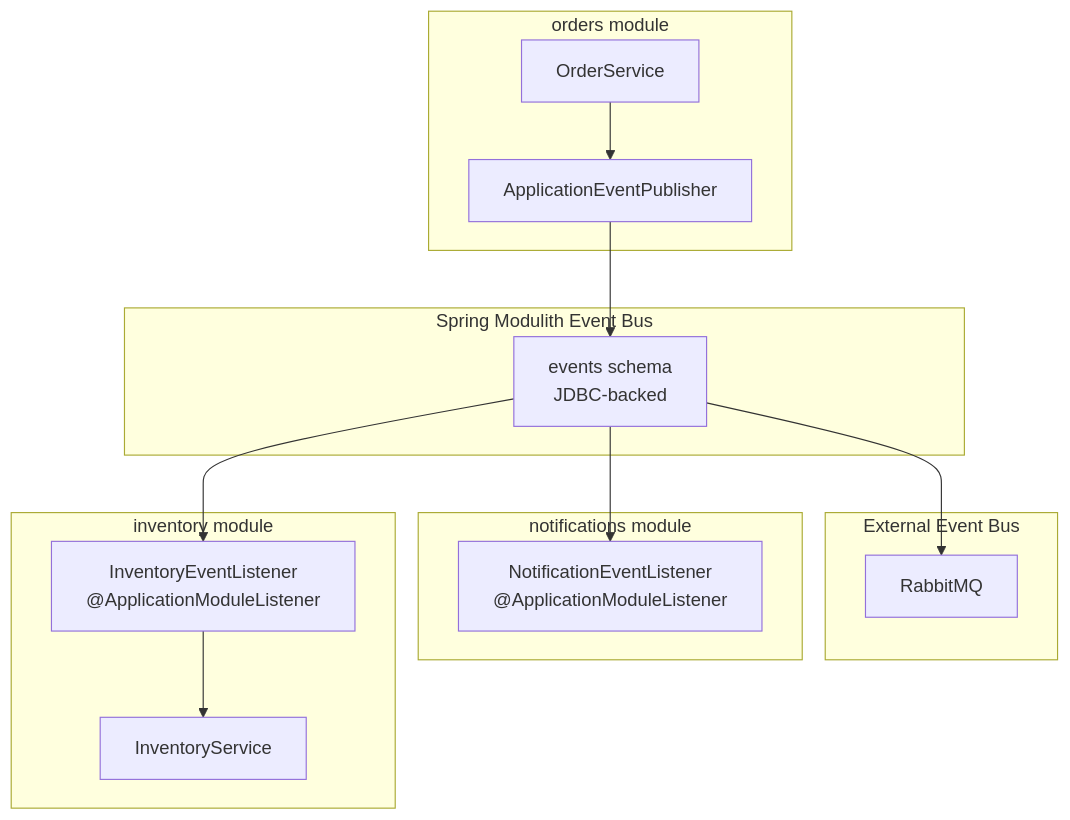
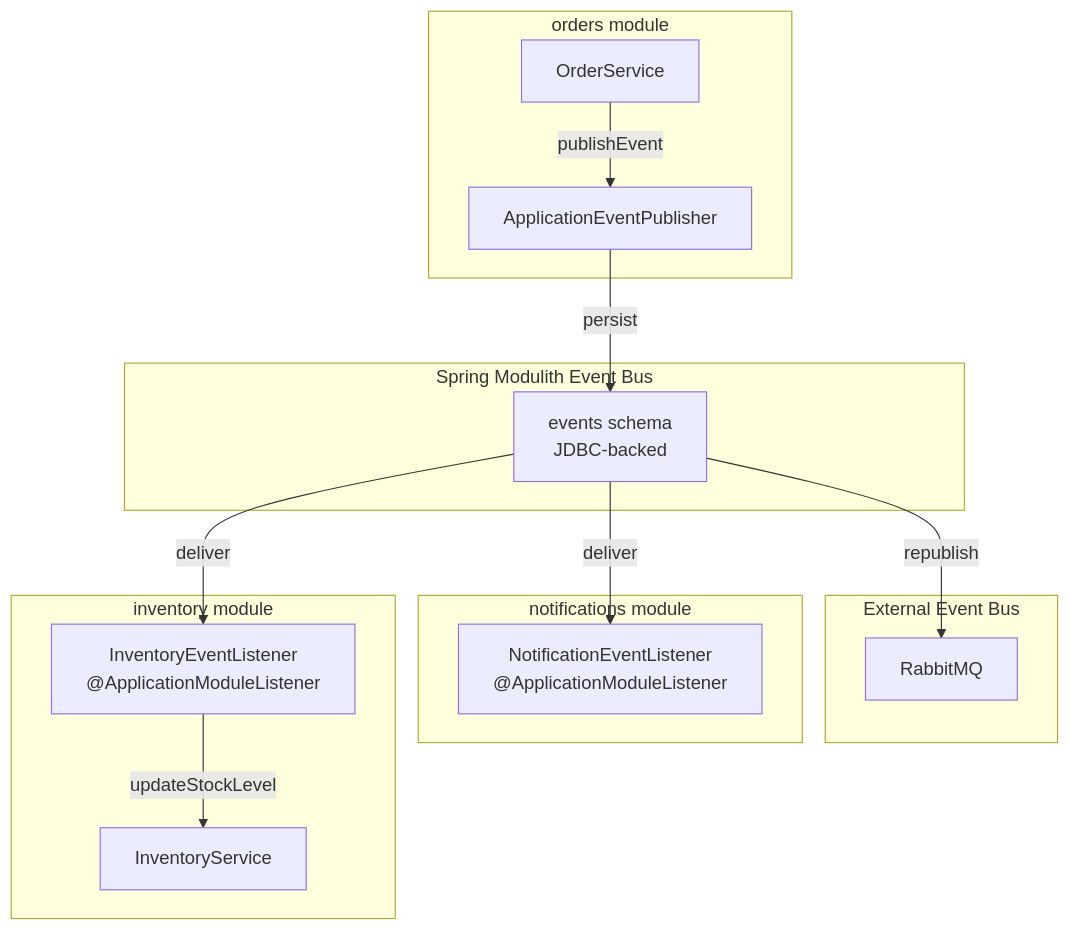
One commit to philipz/spring-modular-monolith changed the third of 3 diagrams in docs/deepwiki/Inter-Module-Communication.md. Above: the diagram before and after it, drawn with Mermaid. The commit also changed other lines of this file and 55 other files, not shown here.

````diff
--- a/docs/deepwiki/Inter-Module-Communication.md
+++ b/docs/deepwiki/Inter-Module-Communication.md
@@ -224,40 +224,40 @@
 ```mermaid
 flowchart TD
 
 OrderService["OrderService"]
 EventPublisher["ApplicationEventPublisher"]
 EventStore["events schema<br>JDBC-backed"]
 InventoryEventListener["InventoryEventListener<br>@ApplicationModuleListener"]
 InventoryService["InventoryService"]
 NotificationEventListener["NotificationEventListener<br>@ApplicationModuleListener"]
 RabbitMQ["RabbitMQ"]
 
-EventPublisher --> EventStore
-EventStore --> InventoryEventListener
-EventStore --> NotificationEventListener
-EventStore --> RabbitMQ
+EventPublisher -->|"persist"| EventStore
+EventStore -->|"deliver"| InventoryEventListener
+EventStore -->|"deliver"| NotificationEventListener
+EventStore -->|"republish"| RabbitMQ
 
 subgraph subGraph4 ["External Event Bus"]
     RabbitMQ
 end
 
 subgraph subGraph3 ["notifications module"]
     NotificationEventListener
 end
 
 subgraph subGraph2 ["inventory module"]
     InventoryEventListener
     InventoryService
-    InventoryEventListener --> InventoryService
+    InventoryEventListener -->|"updateStockLevel"| InventoryService
 end
 
 subgraph subGraph1 ["Spring Modulith Event Bus"]
     EventStore
 end
 
 subgraph subGraph0 ["orders module"]
     OrderService
     EventPublisher
-    OrderService --> EventPublisher
+    OrderService -->|"publishEvent"| EventPublisher
 end
 ```
````
